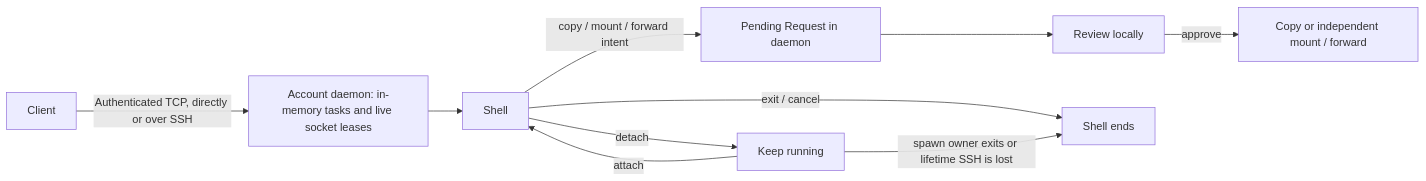
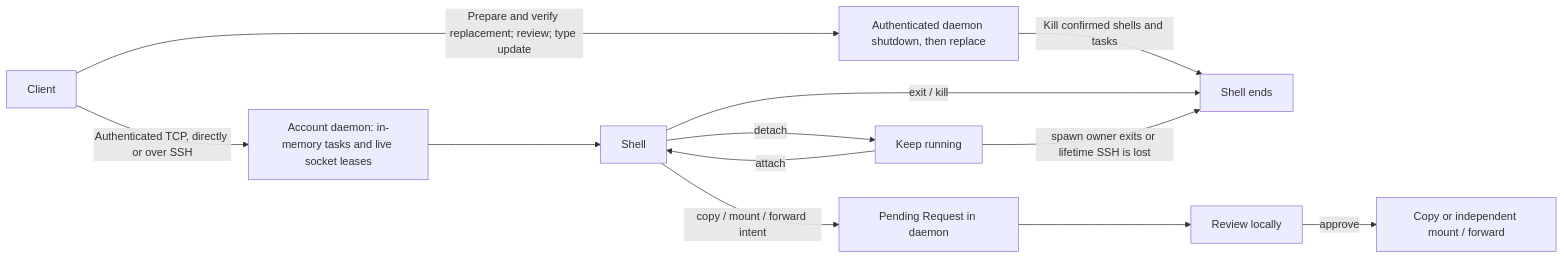
The diagram in README.md (jay-waves/sshore), drawn with Mermaid before and after one commit. The commit also changed other lines of this file and 60 other files, not shown here.

````diff
--- a/README.md
+++ b/README.md
@@ -77,12 +78,14 @@
 ```mermaid
 flowchart LR
     client["Client"] -->|"Authenticated TCP, directly or over SSH"| daemon["Account daemon: in-memory tasks and live socket leases"]
     daemon --> shell["Shell"]
+    client -->|"Prepare and verify replacement; review; type update"| update["Authenticated daemon shutdown, then replace"]
+    update -->|"Kill confirmed shells and tasks"| ended["Shell ends"]
     shell -->|"detach"| background["Keep running"]
     background -->|"attach"| shell
     shell -->|"copy / mount / forward intent"| request["Pending Request in daemon"]
     request --> review["Review locally"]
     review -->|"approve"| operation["Copy or independent mount / forward"]
-    shell -->|"exit / cancel"| ended["Shell ends"]
+    shell -->|"exit / kill"| ended
     background -->|"spawn owner exits or lifetime SSH is lost"| ended
 ```
````
